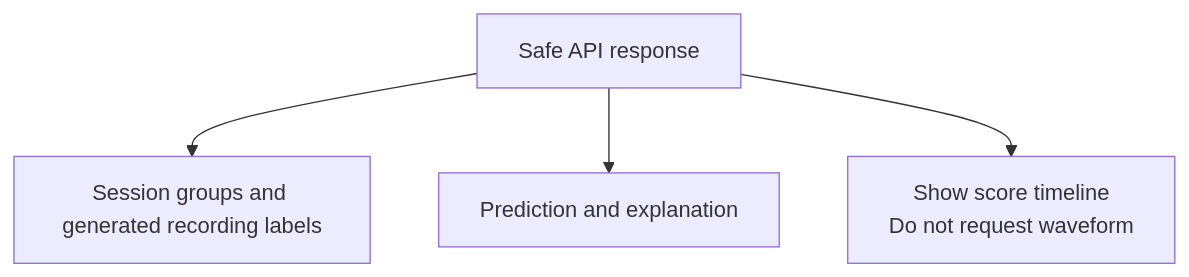
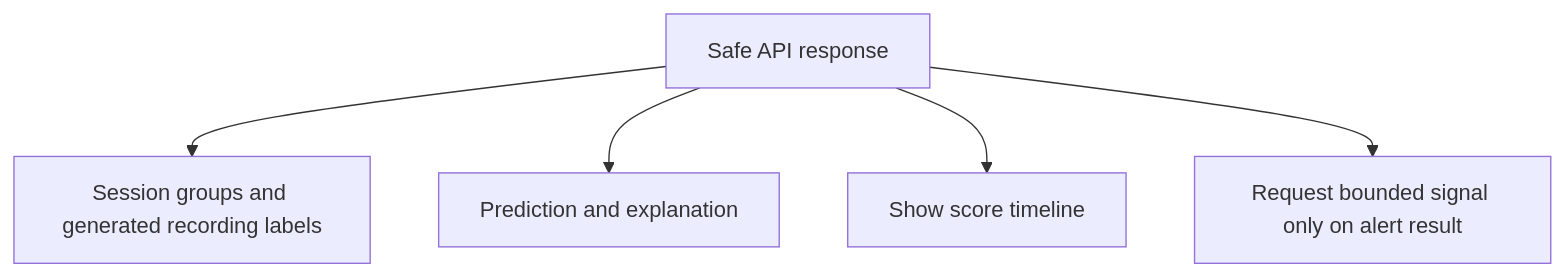
The fourth of 4 diagrams in docs/frontend.md (4ffaad/FYP-MDS01), drawn with Mermaid before and after one commit. The commit also changed other lines of this file and 377 other files, not shown here.

````diff
--- a/docs/frontend.md
+++ b/docs/frontend.md
@@ -84,6 +94,7 @@
 ```mermaid
 flowchart TD
     APIResponse[Safe API response] --> SessionView[Session groups and generated recording labels]
     APIResponse --> ResultView[Prediction and explanation]
-    APIResponse --> Timeline[Show score timeline\nDo not request waveform]
+    APIResponse --> Timeline[Show score timeline]
+    APIResponse --> Viewer[Request bounded signal only on alert result]
 ```
````
